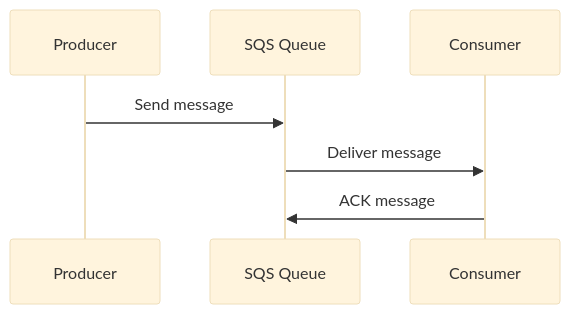
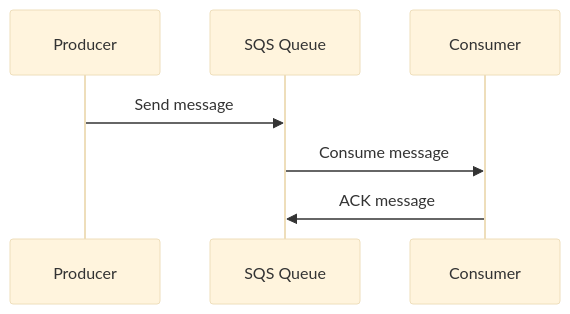
Before and after one commit to jaypeeig/demo-sqs: the diagram in README.md, drawn with Mermaid (base theme).

````diff
--- a/README.md
+++ b/README.md
@@ -4,10 +4,10 @@
 ```mermaid
 sequenceDiagram
   participant Producer
   participant SQS Queue
   participant Consumer
 
   Producer ->> SQS Queue: Send message
-  SQS Queue ->> Consumer: Deliver message
+  SQS Queue ->> Consumer: Consume message
   Consumer ->> SQS Queue: ACK message
 ```
````
